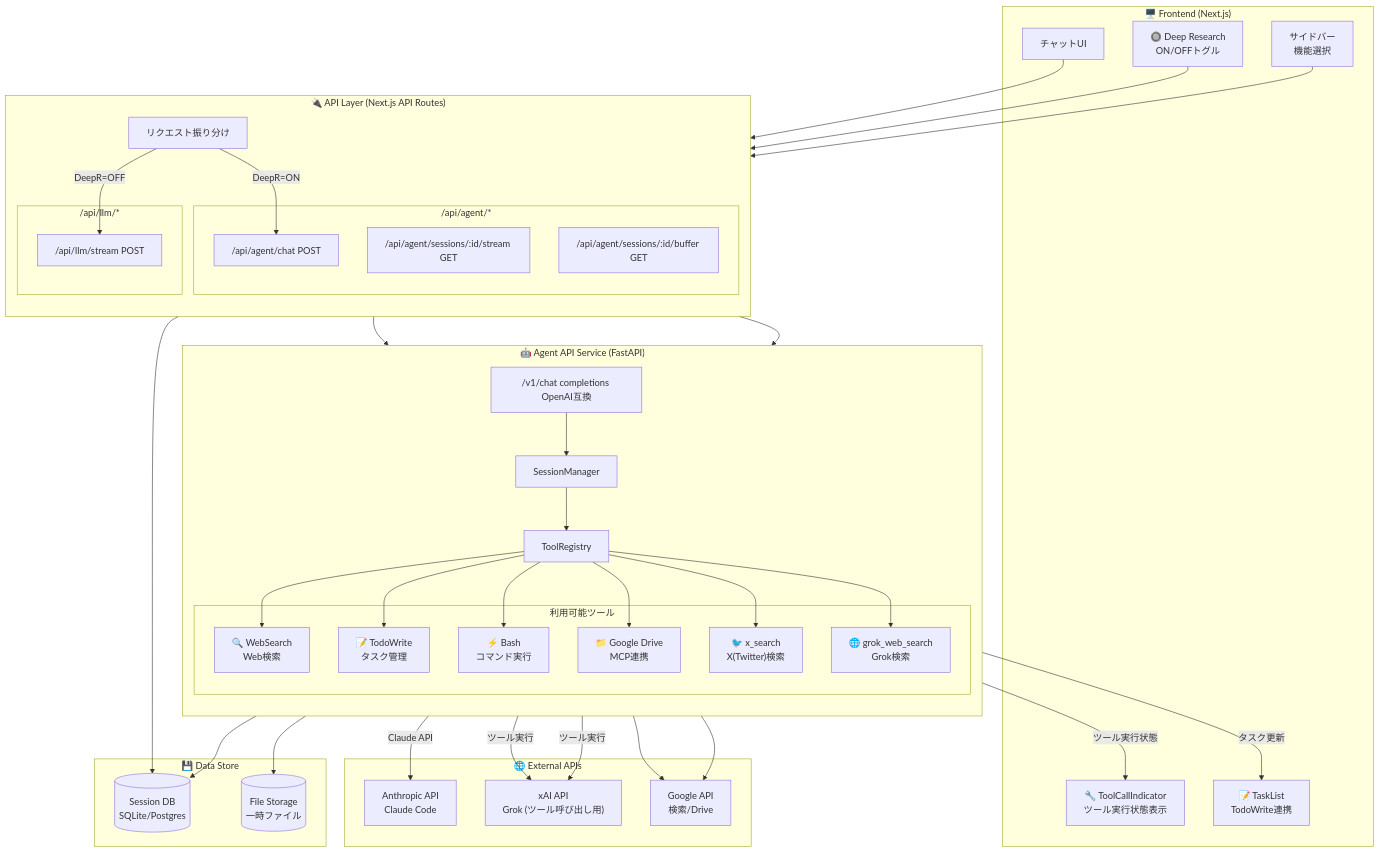
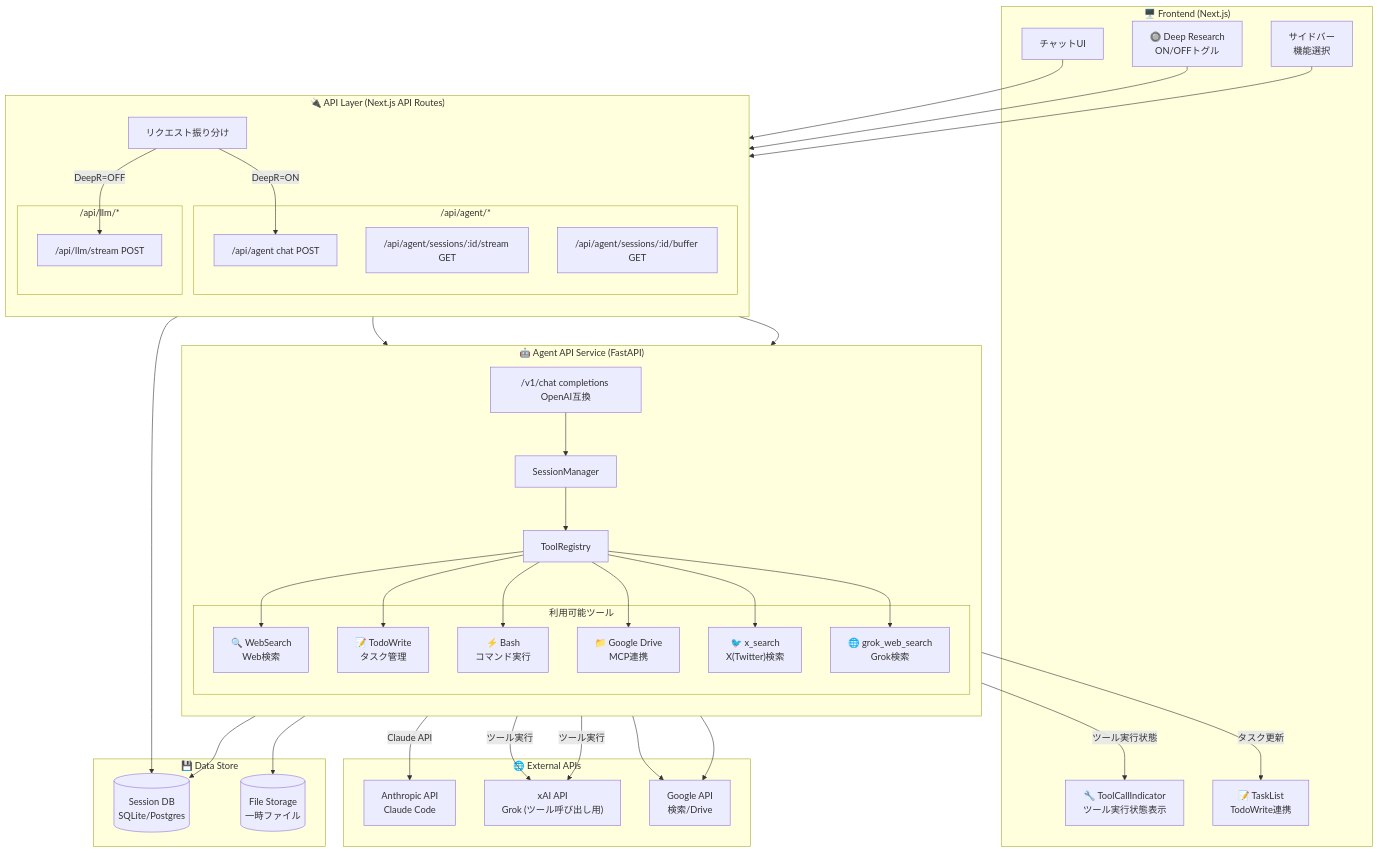
Before and after one commit to langcore-org/united-productions-web: the first of 5 diagrams in docs/plans/claude-code-agent-integration-plan.md, drawn with Mermaid. The commit also changed other lines of this file, not shown here.

```diff
--- a/docs/plans/claude-code-agent-integration-plan.md
+++ b/docs/plans/claude-code-agent-integration-plan.md
@@ -94,7 +95,7 @@
         Router["リクエスト振り分け"]
         
         subgraph AgentAPIRoutes["/api/agent/*"]
-            AgentChat["/api/agent/chat POST"]
+            AgentChat["/api/agent chat POST"]
             AgentStream["/api/agent/sessions/:id/stream GET"]
             AgentBuffer["/api/agent/sessions/:id/buffer GET"]
         end
```
